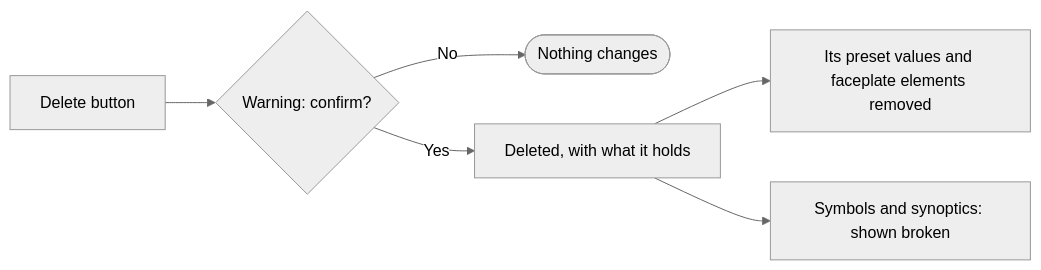
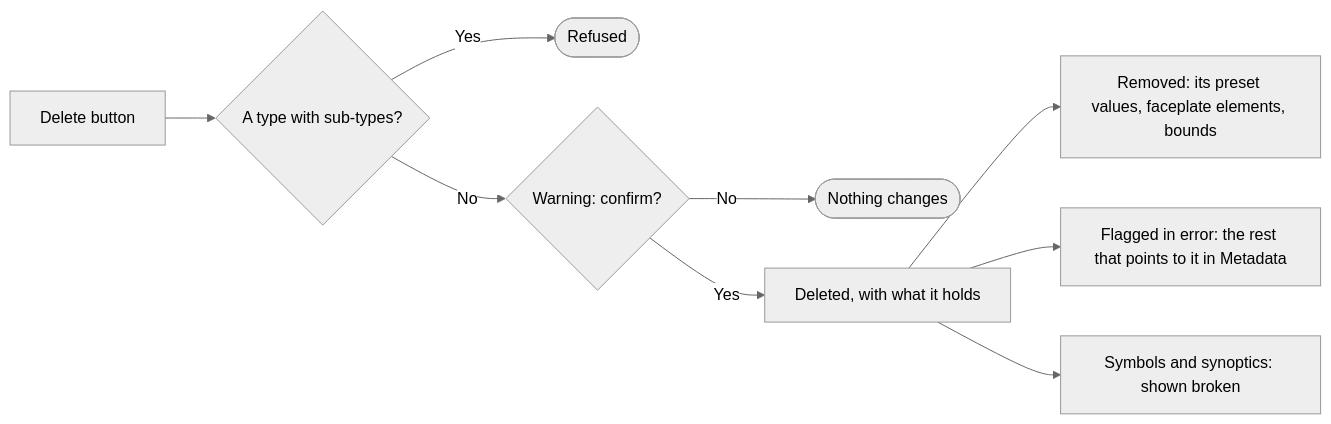
The diagram in metadata/deleting.md (AlexandreGallais/synoptic-studio-spec), drawn with Mermaid (neutral theme) before and after one commit. The commit also changed other lines of this file and 9 other files, not shown here.

First line of the commit message:
docs(metadata): settle what a delete does to what points to it

````diff
--- a/metadata/deleting.md
+++ b/metadata/deleting.md
@@ -30,8 +32,11 @@
 ```mermaid
 flowchart LR
-    B[Delete button] --> W{Warning: confirm?}
+    B[Delete button] --> T{A type with sub-types?}
+    T -- Yes --> R([Refused])
+    T -- No --> W{Warning: confirm?}
     W -- No --> K([Nothing changes])
     W -- Yes --> D[Deleted, with what it holds]
-    D --> P[Its preset values and faceplate elements removed]
+    D --> P[Removed: its preset values, faceplate elements, bounds]
+    D --> E[Flagged in error: the rest that points to it in Metadata]
     D --> S[Symbols and synoptics: shown broken]
 ```
````
